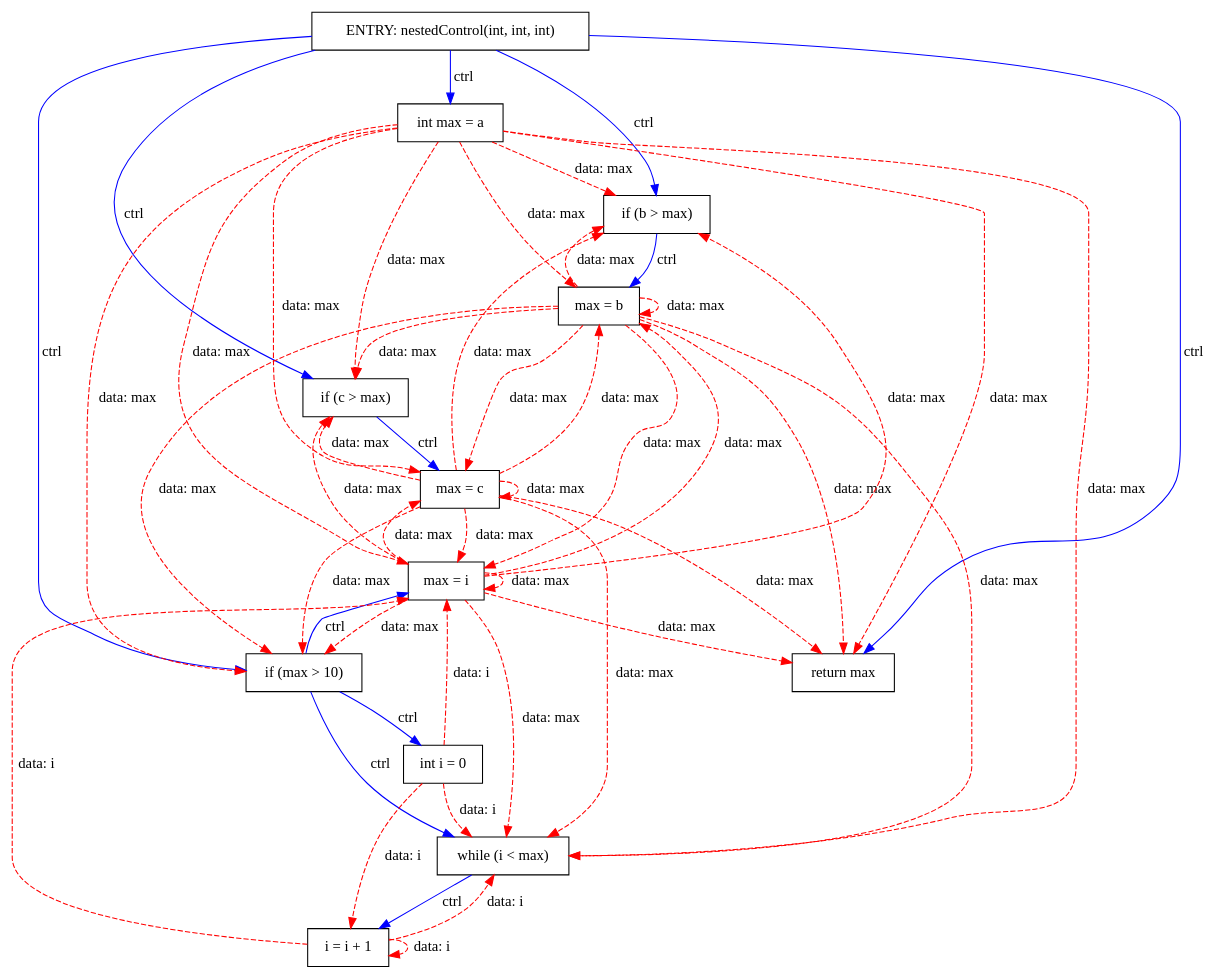
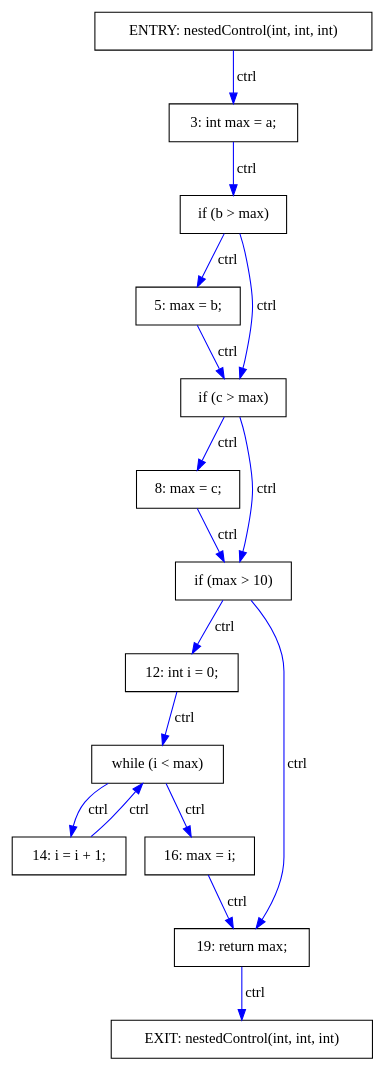
The diagram in results/NestedControl.dot (khaser/java-pdg), drawn with Graphviz before and after one commit. The commit also changed 16 other files, not shown here.

```diff
--- a/results/NestedControl.dot
+++ b/results/NestedControl.dot
@@ -1,67 +1,35 @@
 digraph PDG {
   rankdir=TB;
   node [shape=box];
 
   node0 [label="ENTRY: nestedControl(int, int, int)"];
-  node1 [label="int max = a"];
-  node2 [label="if (b > max)"];
-  node3 [label="max = b"];
-  node4 [label="if (c > max)"];
-  node5 [label="max = c"];
-  node6 [label="if (max > 10)"];
-  node7 [label="int i = 0"];
-  node8 [label="while (i < max)"];
-  node9 [label="i = i + 1"];
-  node10 [label="max = i"];
-  node11 [label="return max"];
+  node1 [label="EXIT: nestedControl(int, int, int)"];
+  node2 [label="3: int max = a;"];
+  node3 [label="if (b > max)"];
+  node4 [label="5: max = b;"];
+  node5 [label="if (c > max)"];
+  node6 [label="8: max = c;"];
+  node7 [label="if (max > 10)"];
+  node8 [label="12: int i = 0;"];
+  node9 [label="while (i < max)"];
+  node10 [label="14: i = i + 1;"];
+  node11 [label="16: max = i;"];
+  node12 [label="19: return max;"];
 
-  node0 -> node1 [label="ctrl", color=blue];
+  node3 -> node4 [label="ctrl", color=blue];
+  node5 -> node6 [label="ctrl", color=blue];
+  node9 -> node10 [label="ctrl", color=blue];
+  node7 -> node8 [label="ctrl", color=blue];
   node0 -> node2 [label="ctrl", color=blue];
   node2 -> node3 [label="ctrl", color=blue];
-  node0 -> node4 [label="ctrl", color=blue];
   node4 -> node5 [label="ctrl", color=blue];
-  node0 -> node6 [label="ctrl", color=blue];
+  node3 -> node5 [label="ctrl", color=blue];
   node6 -> node7 [label="ctrl", color=blue];
-  node6 -> node8 [label="ctrl", color=blue];
+  node5 -> node7 [label="ctrl", color=blue];
   node8 -> node9 [label="ctrl", color=blue];
-  node6 -> node10 [label="ctrl", color=blue];
-  node0 -> node11 [label="ctrl", color=blue];
-  node1 -> node10 [label="data: max", color=red, style=dashed];
-  node3 -> node10 [label="data: max", color=red, style=dashed];
-  node5 -> node10 [label="data: max", color=red, style=dashed];
-  node10 -> node10 [label="data: max", color=red, style=dashed];
-  node7 -> node10 [label="data: i", color=red, style=dashed];
-  node9 -> node10 [label="data: i", color=red, style=dashed];
-  node1 -> node5 [label="data: max", color=red, style=dashed];
-  node3 -> node5 [label="data: max", color=red, style=dashed];
-  node5 -> node5 [label="data: max", color=red, style=dashed];
-  node10 -> node5 [label="data: max", color=red, style=dashed];
-  node1 -> node11 [label="data: max", color=red, style=dashed];
-  node3 -> node11 [label="data: max", color=red, style=dashed];
-  node5 -> node11 [label="data: max", color=red, style=dashed];
-  node10 -> node11 [label="data: max", color=red, style=dashed];
-  node1 -> node3 [label="data: max", color=red, style=dashed];
-  node3 -> node3 [label="data: max", color=red, style=dashed];
-  node5 -> node3 [label="data: max", color=red, style=dashed];
-  node10 -> node3 [label="data: max", color=red, style=dashed];
-  node1 -> node6 [label="data: max", color=red, style=dashed];
-  node3 -> node6 [label="data: max", color=red, style=dashed];
-  node5 -> node6 [label="data: max", color=red, style=dashed];
-  node10 -> node6 [label="data: max", color=red, style=dashed];
-  node1 -> node4 [label="data: max", color=red, style=dashed];
-  node3 -> node4 [label="data: max", color=red, style=dashed];
-  node5 -> node4 [label="data: max", color=red, style=dashed];
-  node10 -> node4 [label="data: max", color=red, style=dashed];
-  node1 -> node8 [label="data: max", color=red, style=dashed];
-  node3 -> node8 [label="data: max", color=red, style=dashed];
-  node5 -> node8 [label="data: max", color=red, style=dashed];
-  node10 -> node8 [label="data: max", color=red, style=dashed];
-  node7 -> node8 [label="data: i", color=red, style=dashed];
-  node9 -> node8 [label="data: i", color=red, style=dashed];
-  node1 -> node2 [label="data: max", color=red, style=dashed];
-  node3 -> node2 [label="data: max", color=red, style=dashed];
-  node5 -> node2 [label="data: max", color=red, style=dashed];
-  node10 -> node2 [label="data: max", color=red, style=dashed];
-  node7 -> node9 [label="data: i", color=red, style=dashed];
-  node9 -> node9 [label="data: i", color=red, style=dashed];
+  node9 -> node11 [label="ctrl", color=blue];
+  node10 -> node9 [label="ctrl", color=blue];
+  node11 -> node12 [label="ctrl", color=blue];
+  node7 -> node12 [label="ctrl", color=blue];
+  node12 -> node1 [label="ctrl", color=blue];
 }
```
